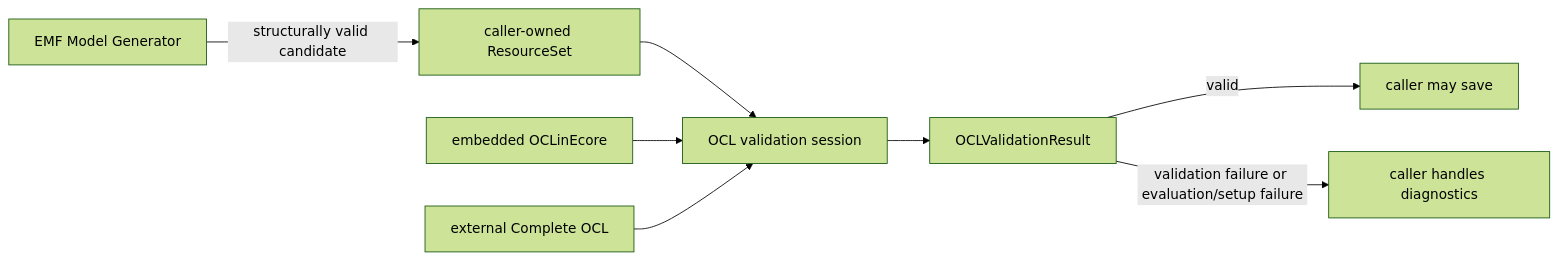
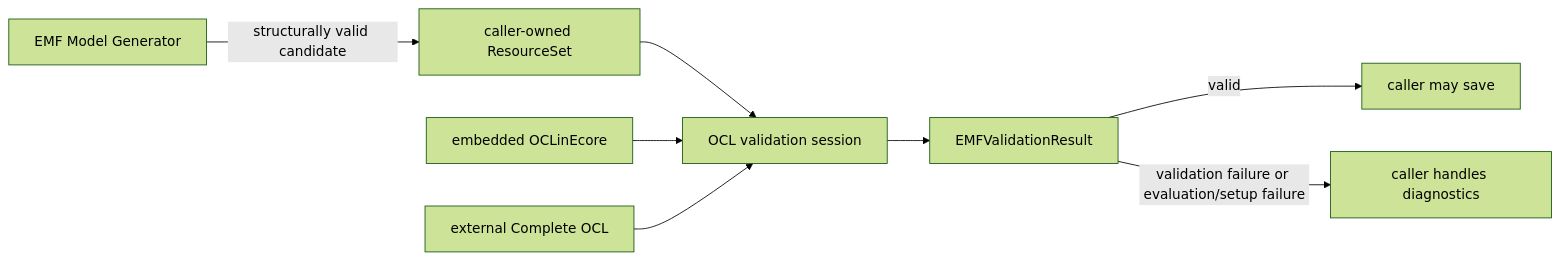
Before and after one commit to LorenzoBettini/emf-model-generator-ocl: the diagram in README.md, drawn with Mermaid (forest theme). The commit also changed other lines of this file and 15 other files, not shown here.

````diff
--- a/README.md
+++ b/README.md
@@ -159,10 +190,10 @@
 ```mermaid
 flowchart LR
     A[EMF Model Generator] -->|structurally valid candidate| B[caller-owned ResourceSet]
     B --> C[OCL validation session]
     D[embedded OCLinEcore] --> C
     E[external Complete OCL] --> C
-    C --> F[OCLValidationResult]
+    C --> F[EMFValidationResult]
     F -->|valid| G[caller may save]
     F -->|validation failure or evaluation/setup failure| H[caller handles diagnostics]
 ```
````
